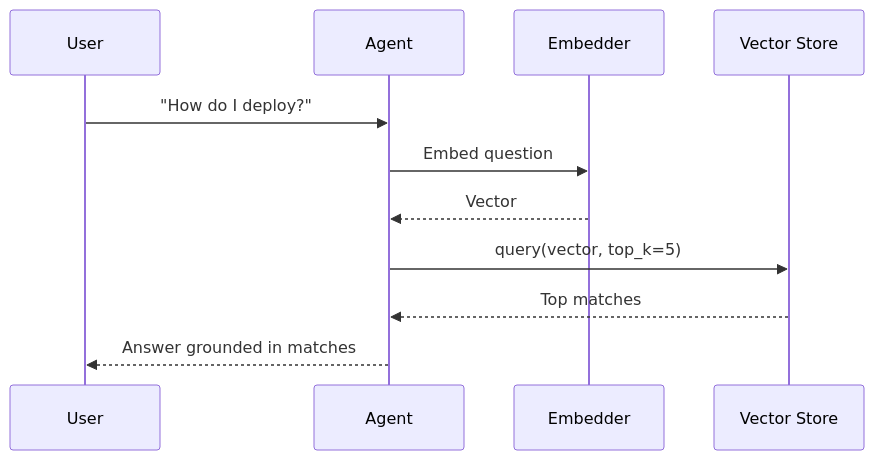
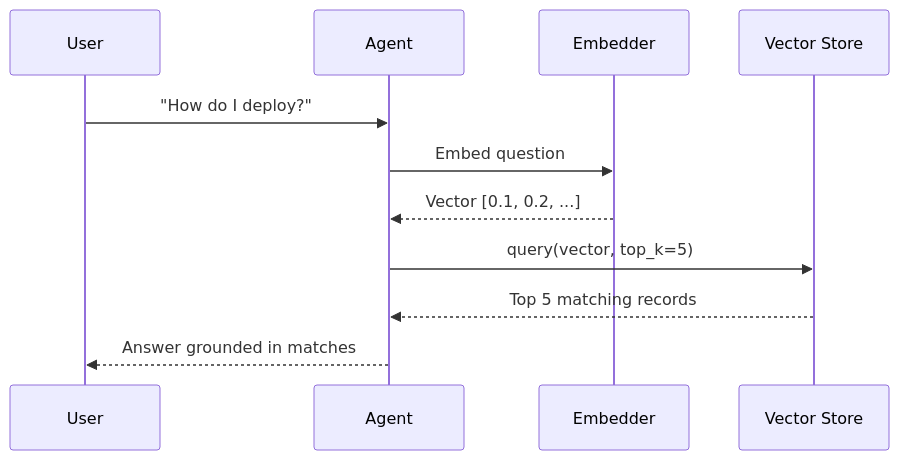
Before and after one commit to MervinPraison/PraisonAIDocs: the third of 3 diagrams in docs/features/vector-store.mdx, drawn with Mermaid. The commit also changed other lines of this file, not shown here.

First line of the commit message:
docs: update vector-store.mdx for full AGENTS.md compliance (fixes #942)

````diff
--- a/docs/features/vector-store.mdx
+++ b/docs/features/vector-store.mdx
@@ -92,14 +123,14 @@
 ```mermaid
 sequenceDiagram
     participant User
     participant Agent
     participant Embed as Embedder
     participant VS as Vector Store
 
     User->>Agent: "How do I deploy?"
     Agent->>Embed: Embed question
-    Embed-->>Agent: Vector
+    Embed-->>Agent: Vector [0.1, 0.2, ...]
     Agent->>VS: query(vector, top_k=5)
-    VS-->>Agent: Top matches
+    VS-->>Agent: Top 5 matching records
     Agent-->>User: Answer grounded in matches
 ```
````
